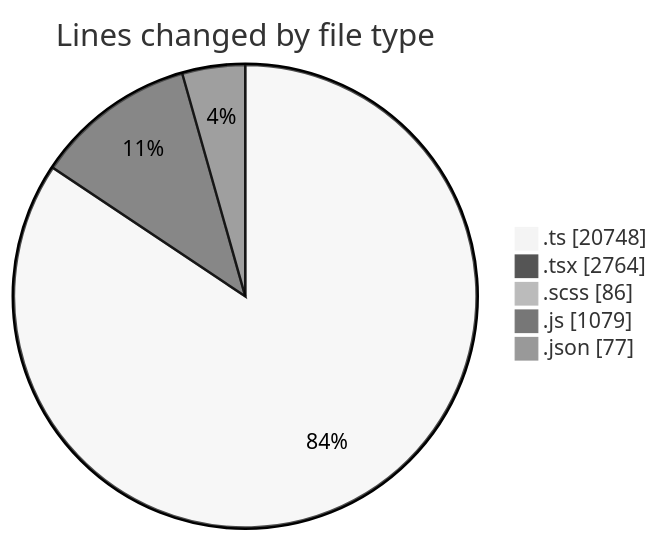
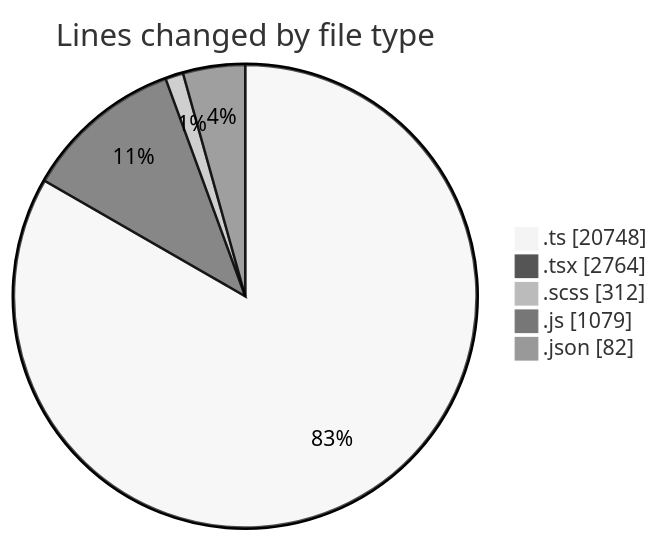
One commit to momahboobian/code-tracking changed the first of 2 diagrams in 2026-10-21/cda/README.md. Above: the diagram before and after it, drawn with Mermaid (neutral theme). The commit also changed other lines of this file and 1 other file, not shown here.

````diff
--- a/2026-10-21/cda/README.md
+++ b/2026-10-21/cda/README.md
@@ -36,9 +38,9 @@
 ```mermaid
 pie showData
 title Lines changed by file type
 ".ts" : 20748
 ".tsx" : 2764
-".scss" : 86
+".scss" : 312
 ".js" : 1079
-".json" : 77
+".json" : 82
 ```
````
